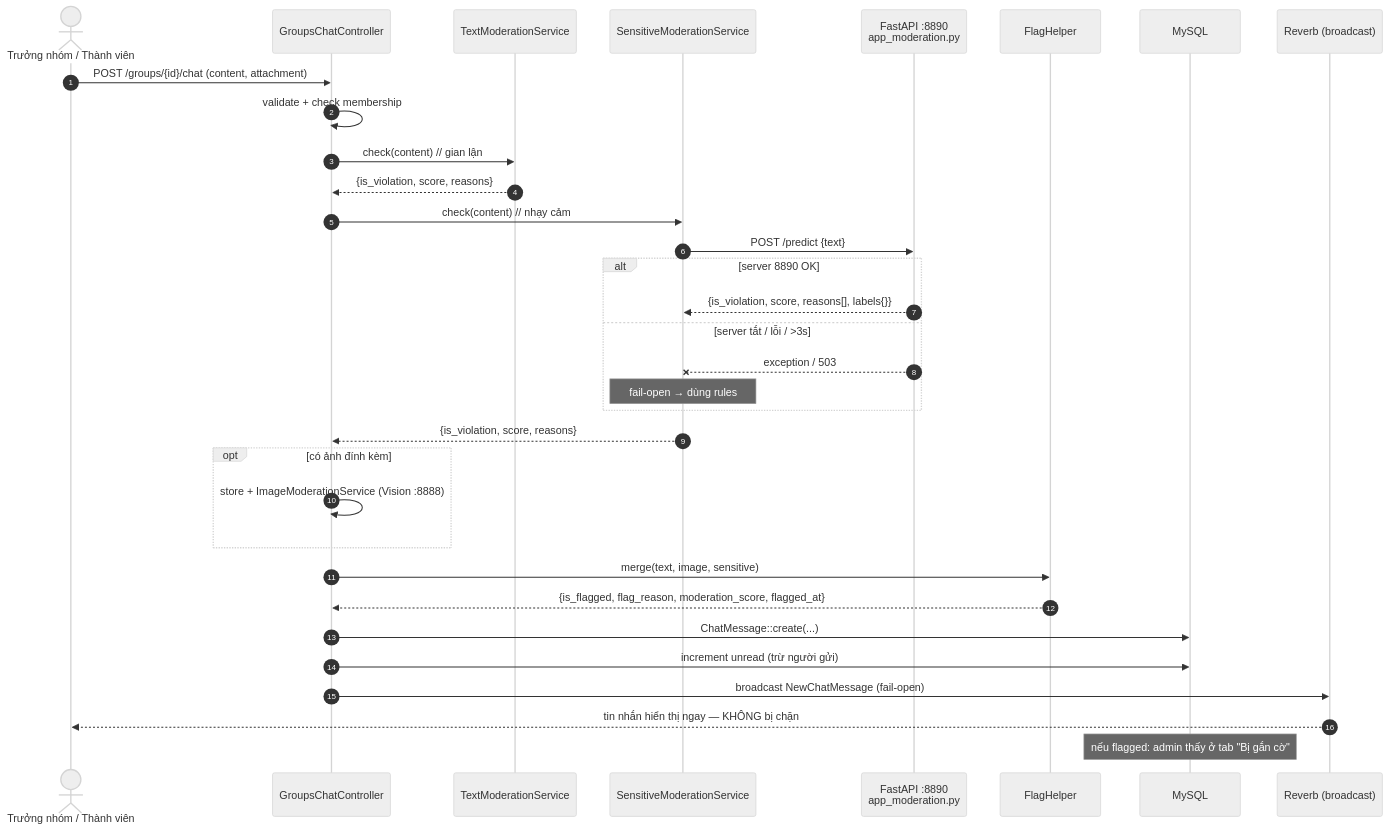
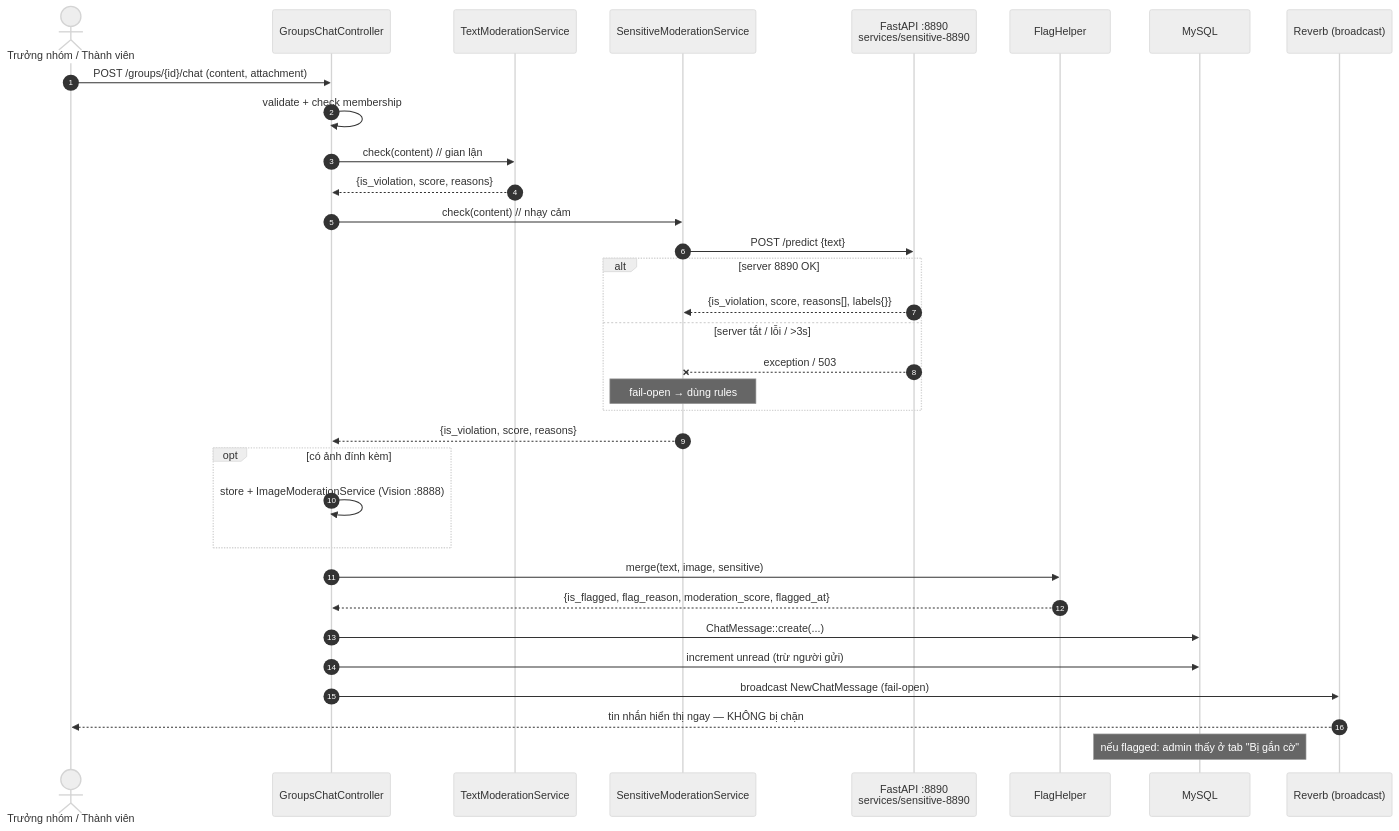
The first of 2 diagrams in docs/diagrams/sequence-chat.md (HuangMeii/Team-Assign), drawn with Mermaid (neutral theme) before and after one commit. The commit also changed 65 other files, not shown here.

````diff
--- a/docs/diagrams/sequence-chat.md
+++ b/docs/diagrams/sequence-chat.md
@@ -5,36 +5,36 @@
 ```mermaid
 sequenceDiagram
     autonumber
     actor U as Trưởng nhóm / Thành viên
     participant C as GroupsChatController
     participant T as TextModerationService
     participant S as SensitiveModerationService
-    participant PY as FastAPI :8890<br/>app_moderation.py
+    participant PY as FastAPI :8890<br/>services/sensitive-8890
     participant F as FlagHelper
     participant DB as MySQL
     participant R as Reverb (broadcast)
 
     U->>C: POST /groups/{id}/chat (content, attachment)
     C->>C: validate + check membership
     C->>T: check(content)          // gian lận
     T-->>C: {is_violation, score, reasons}
     C->>S: check(content)          // nhạy cảm
     S->>PY: POST /predict {text}
     alt server 8890 OK
         PY-->>S: {is_violation, score, reasons[], labels{}}
     else server tắt / lỗi / >3s
         PY--xS: exception / 503
         Note over S: fail-open → dùng rules
     end
     S-->>C: {is_violation, score, reasons}
     opt có ảnh đính kèm
         C->>C: store + ImageModerationService (Vision :8888)
     end
     C->>F: merge(text, image, sensitive)
     F-->>C: {is_flagged, flag_reason, moderation_score, flagged_at}
     C->>DB: ChatMessage::create(...)
     C->>DB: increment unread (trừ người gửi)
     C->>R: broadcast NewChatMessage (fail-open)
     R-->>U: tin nhắn hiển thị ngay — KHÔNG bị chặn
     Note over DB: nếu flagged: admin thấy ở tab "Bị gắn cờ"
 ```
````
